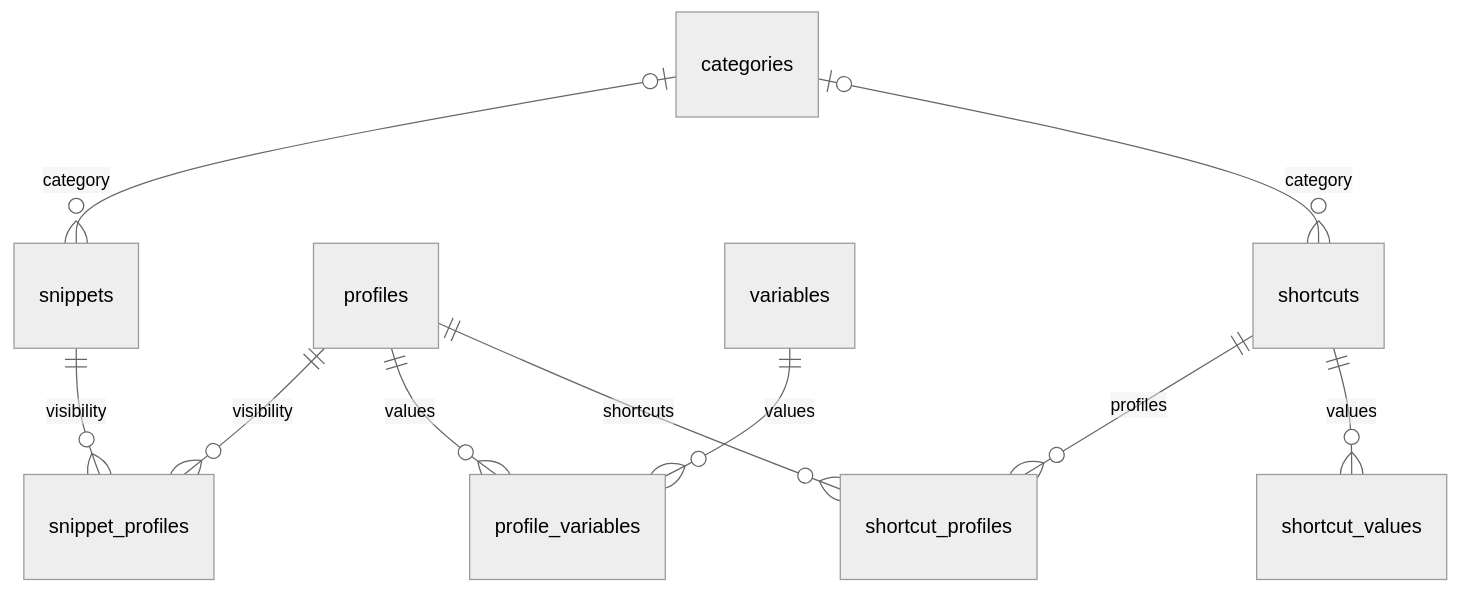
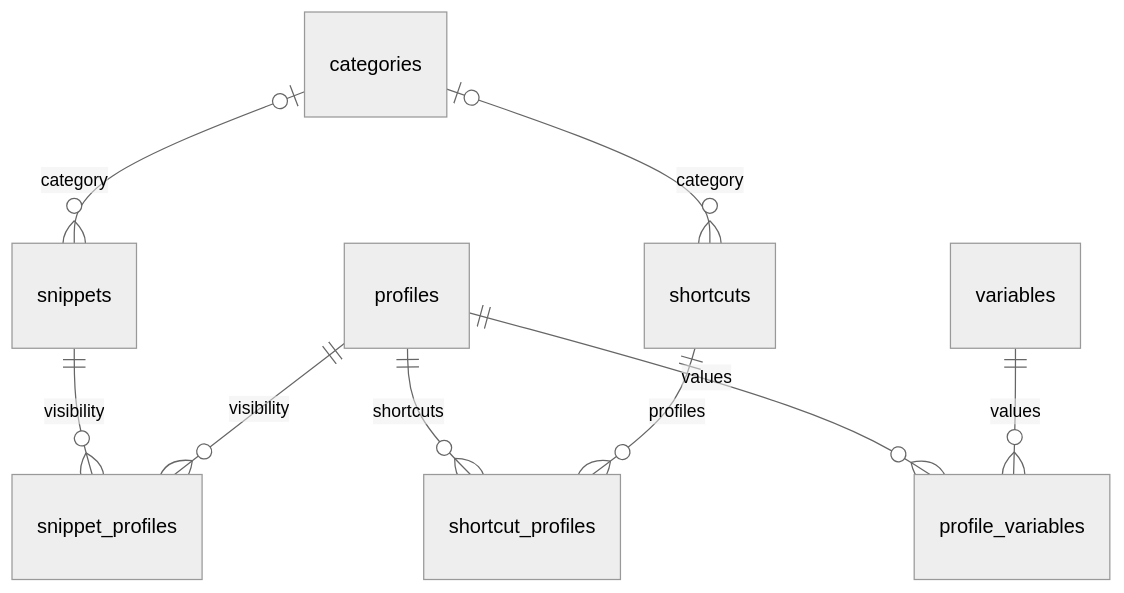
The fifth of 5 diagrams in docs/機能仕様書.md (sikakou54/cliptap), drawn with Mermaid (neutral theme) before and after one commit. The commit also changed other lines of this file and 86 other files, not shown here.

````diff
--- a/docs/機能仕様書.md
+++ b/docs/機能仕様書.md
@@ -1575,12 +1568,11 @@
 ```mermaid
 erDiagram
     categories o|--o{ snippets : category
     snippets ||--o{ snippet_profiles : visibility
     profiles ||--o{ snippet_profiles : visibility
     profiles ||--o{ profile_variables : values
     variables ||--o{ profile_variables : values
     profiles ||--o{ shortcut_profiles : shortcuts
     shortcuts ||--o{ shortcut_profiles : profiles
     categories o|--o{ shortcuts : category
-    shortcuts ||--o{ shortcut_values : values
 ```
````
